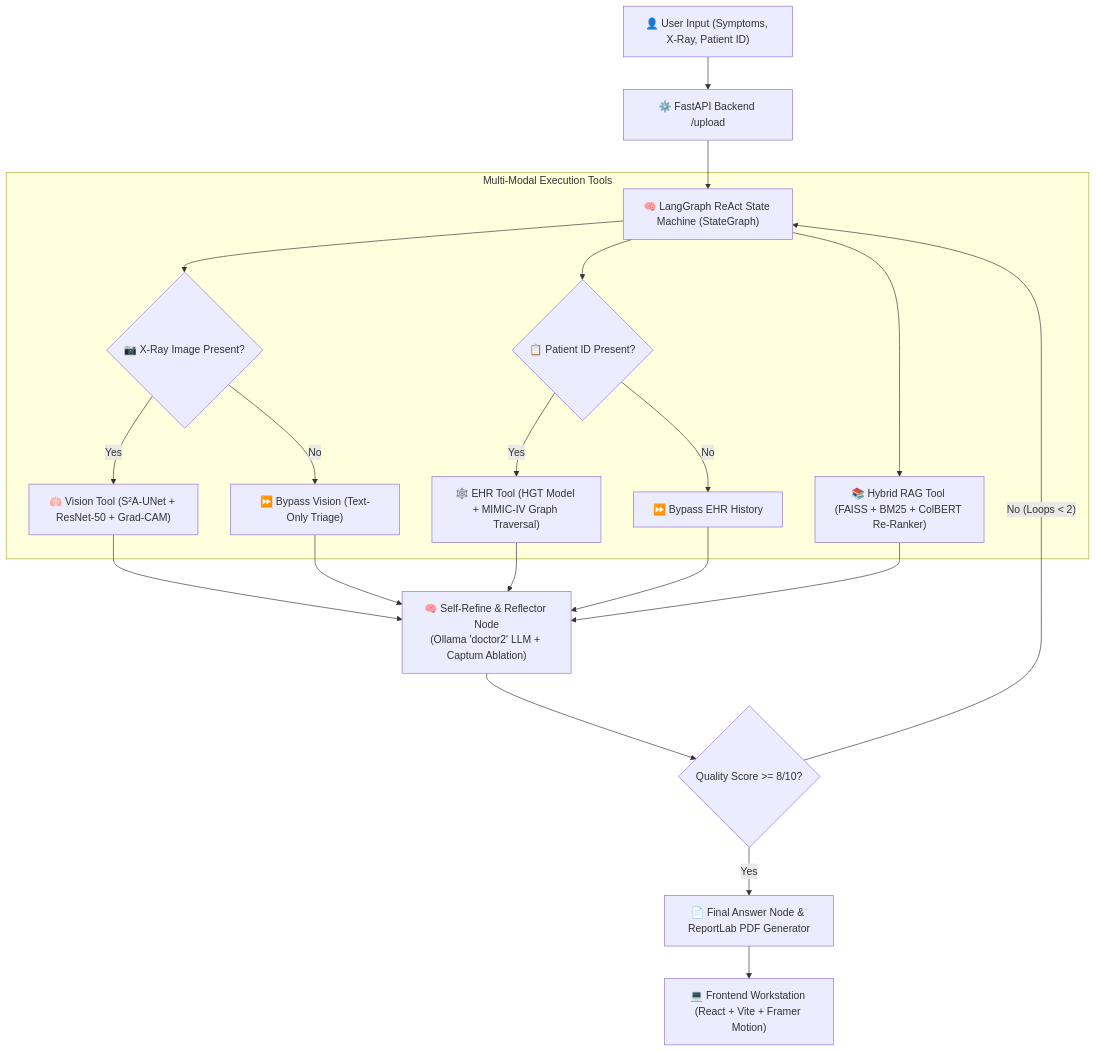
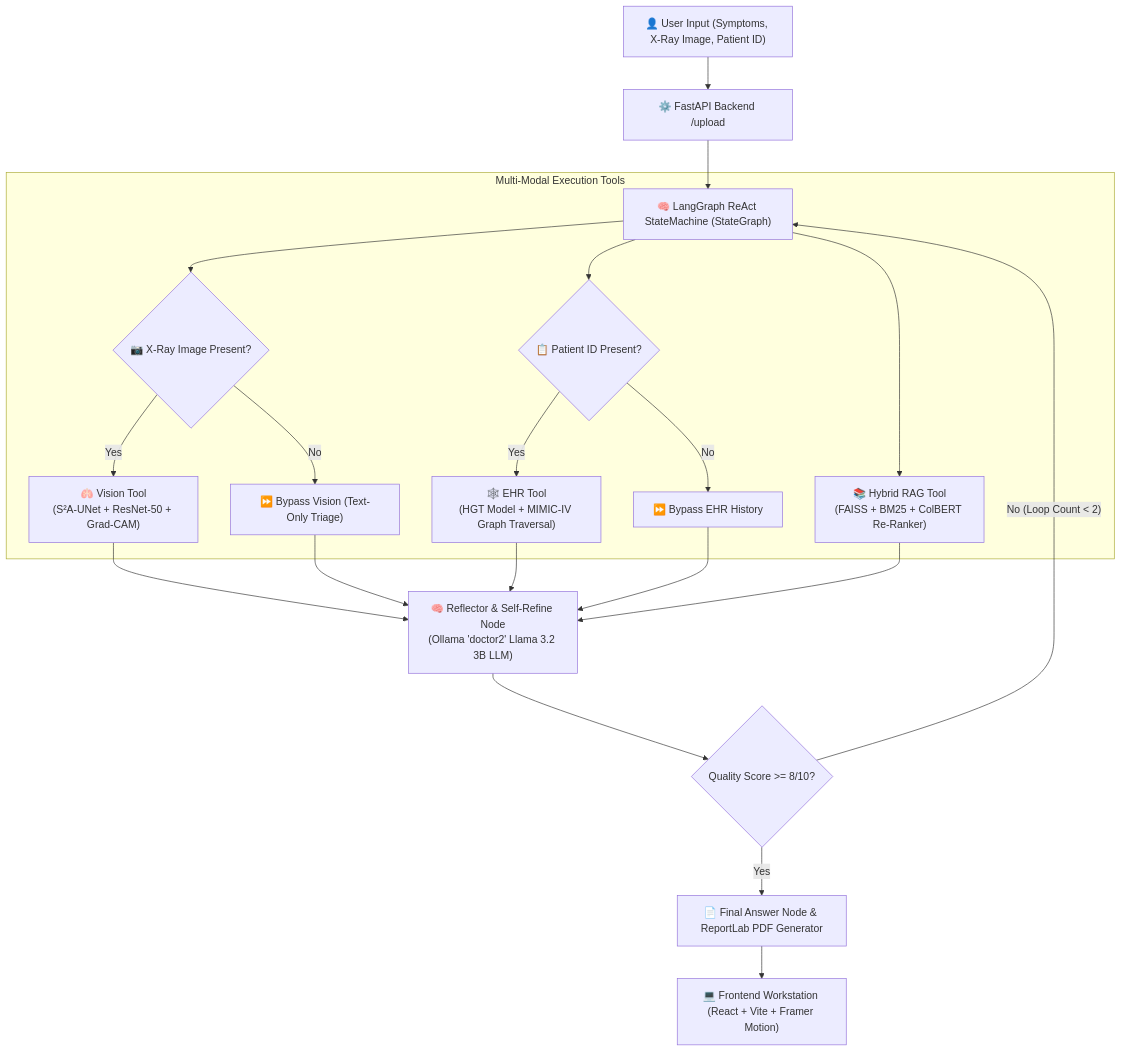
The diagram in README.md (FilippeZ/zenithdx-petient-centric-agentic-decision-support-platform), drawn with Mermaid before and after one commit. The commit also changed other lines of this file, not shown here.

Commit message:
docs: restructure README.md with comprehensive mathematical analysis, system architecture diagrams, and academic formatting

````diff
--- a/README.md
+++ b/README.md
@@ -42,28 +65,28 @@
 ```mermaid
 graph TD
-    A["👤 User Input (Symptoms, X-Ray, Patient ID)"] --> B["⚙️ FastAPI Backend /upload"]
-    B --> C["🧠 LangGraph ReAct State Machine (StateGraph)"]
+    A["👤 User Input (Symptoms, X-Ray Image, Patient ID)"] --> B["⚙️ FastAPI Backend /upload"]
+    B --> C["🧠 LangGraph ReAct StateMachine (StateGraph)"]
     
     subgraph "Multi-Modal Execution Tools"
         C --> D{"📷 X-Ray Image Present?"}
-        D -- Yes --> E["🫁 Vision Tool (S²A-UNet + ResNet-50 + Grad-CAM)"]
+        D -- Yes --> E["🫁 Vision Tool\n(S²A-UNet + ResNet-50 + Grad-CAM)"]
         D -- No --> F["⏩ Bypass Vision (Text-Only Triage)"]
         
         C --> G{"📋 Patient ID Present?"}
-        G -- Yes --> H["🕸️ EHR Tool (HGT Model + MIMIC-IV Graph Traversal)"]
+        G -- Yes --> H["🕸️ EHR Tool\n(HGT Model + MIMIC-IV Graph Traversal)"]
         G -- No --> I["⏩ Bypass EHR History"]
         
-        C --> J["📚 Hybrid RAG Tool (FAISS + BM25 + ColBERT Re-Ranker)"]
+        C --> J["📚 Hybrid RAG Tool\n(FAISS + BM25 + ColBERT Re-Ranker)"]
     end
     
-    E --> K["🧠 Self-Refine & Reflector Node\n(Ollama 'doctor2' LLM + Captum Ablation)"]
+    E --> K["🧠 Reflector & Self-Refine Node\n(Ollama 'doctor2' Llama 3.2 3B LLM)"]
     F --> K
     H --> K
     I --> K
     J --> K
     
     K --> L{"Quality Score >= 8/10?"}
-    L -- No (Loops < 2) --> C
+    L -- No (Loop Count < 2) --> C
     L -- Yes --> M["📄 Final Answer Node & ReportLab PDF Generator"]
     M --> N["💻 Frontend Workstation (React + Vite + Framer Motion)"]
 ```
````
